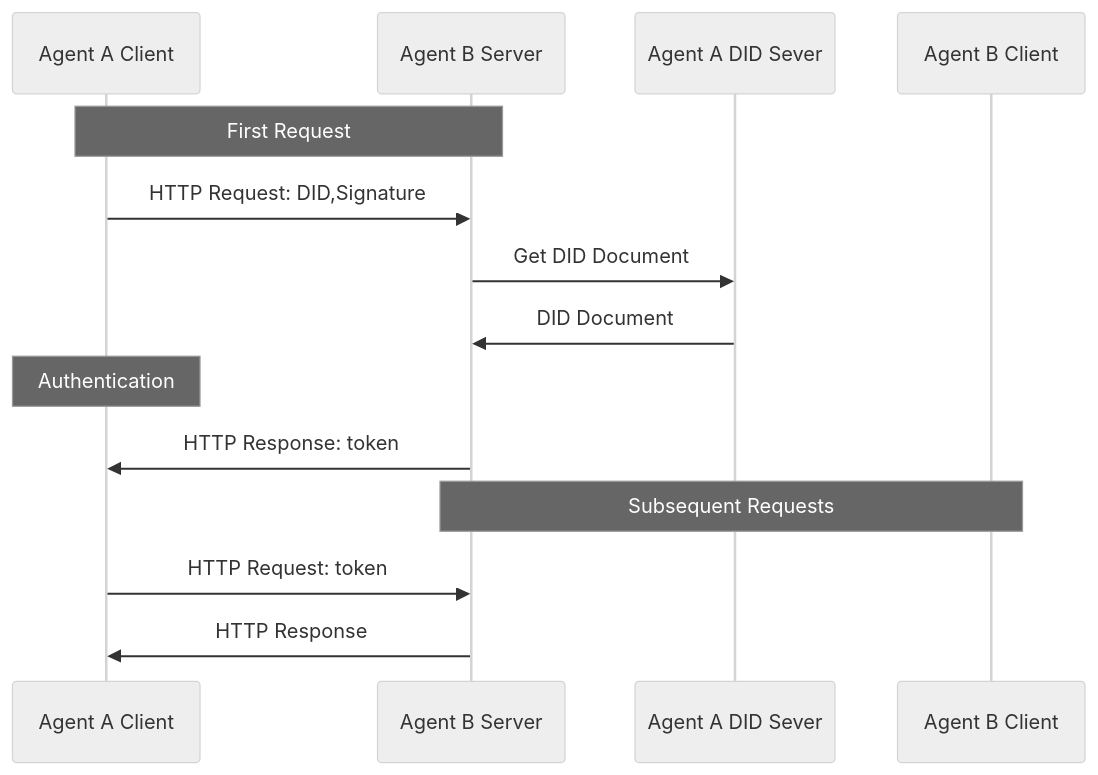
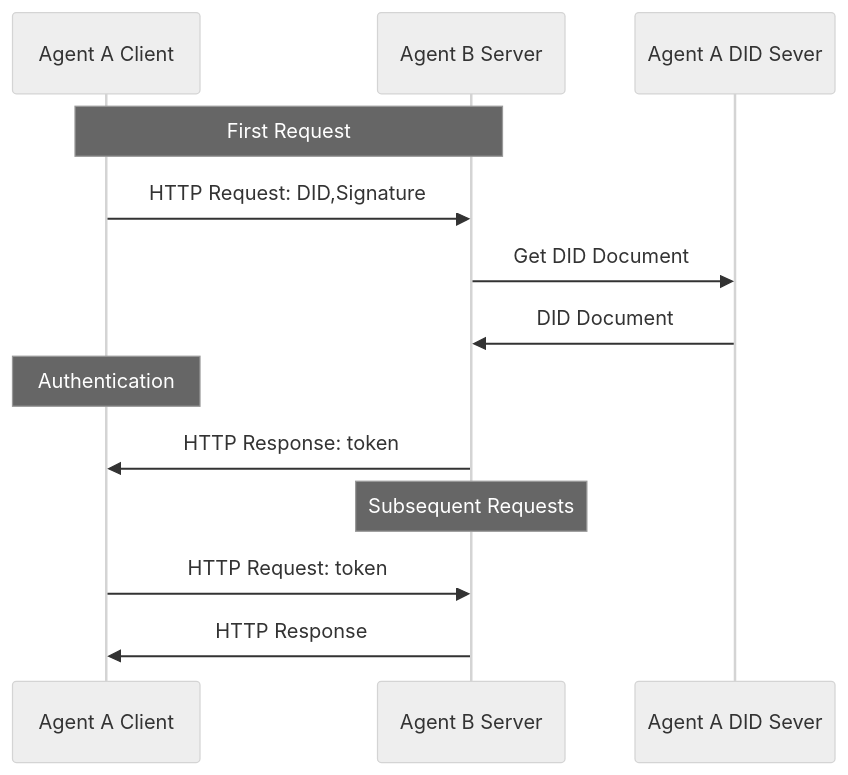
One commit to yumh1/AgentNetworkProtocol changed the diagram in 01-AgentNetworkProtocol Technical White Paper.md. Above: the diagram before and after it, drawn with Mermaid (neutral theme). The commit also changed 5 other files, not shown here.

````diff
--- a/01-AgentNetworkProtocol Technical White Paper.md
+++ b/01-AgentNetworkProtocol Technical White Paper.md
@@ -49,21 +49,21 @@
 ```mermaid
 sequenceDiagram
     participant Agent A Client
     participant Agent B Server 
     participant Agent A DID Sever
 
     Note over Agent A Client,Agent B Server: First Request
 
     Agent A Client->>Agent B Server: HTTP Request: DID,Signature
     Agent B Server->>Agent A DID Sever: Get DID Document
     Agent A DID Sever->>Agent B Server: DID Document
 
     Note over Agent A Client: Authentication
 
     Agent B Server->>Agent A Client: HTTP Response: token
 
-    Note over Agent B Client,Agent B Server: Subsequent Requests
+    Note over Agent B Server: Subsequent Requests
 
     Agent A Client->>Agent B Server: HTTP Request: token
     Agent B Server->>Agent A Client: HTTP Response
 ```
````
